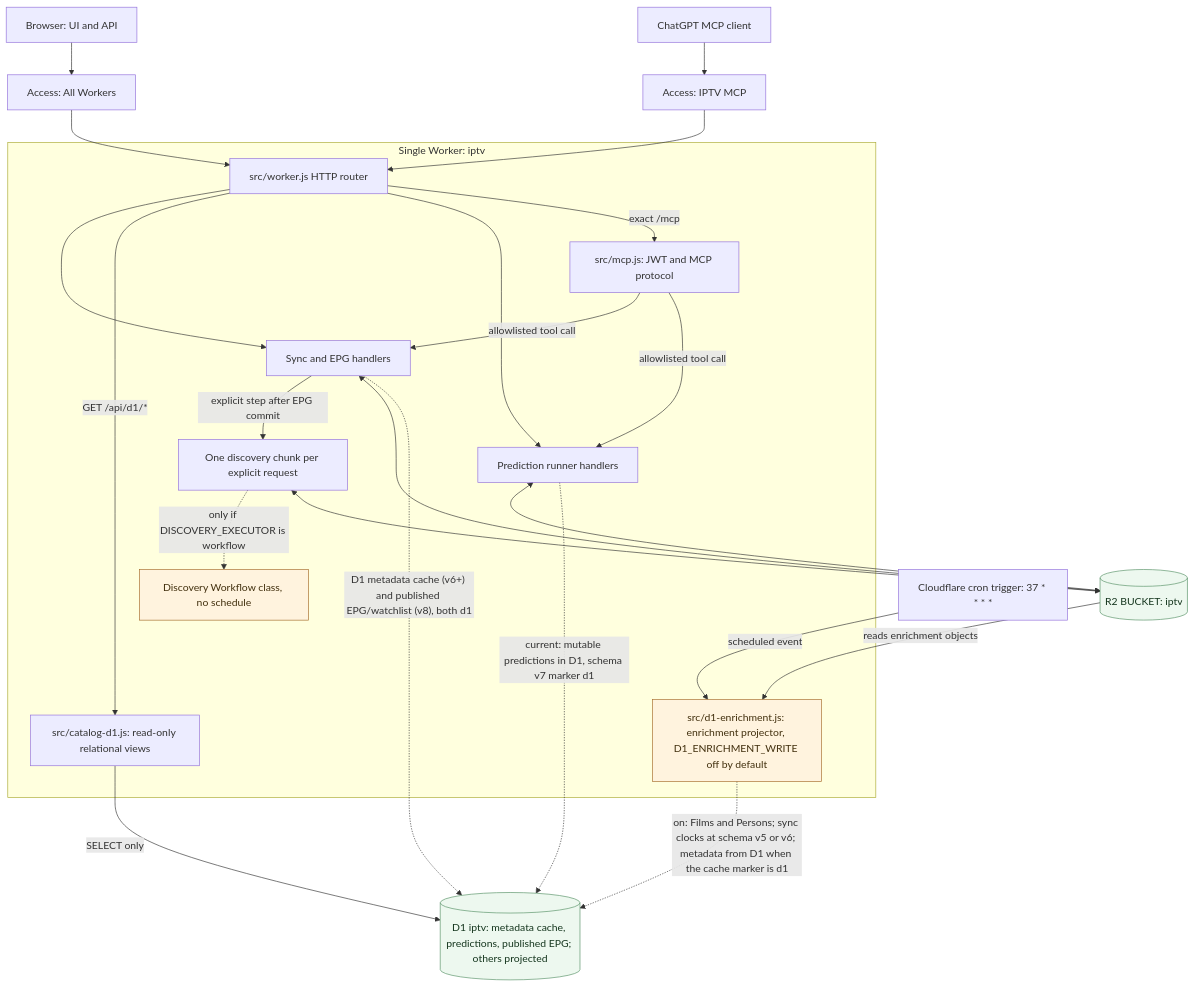
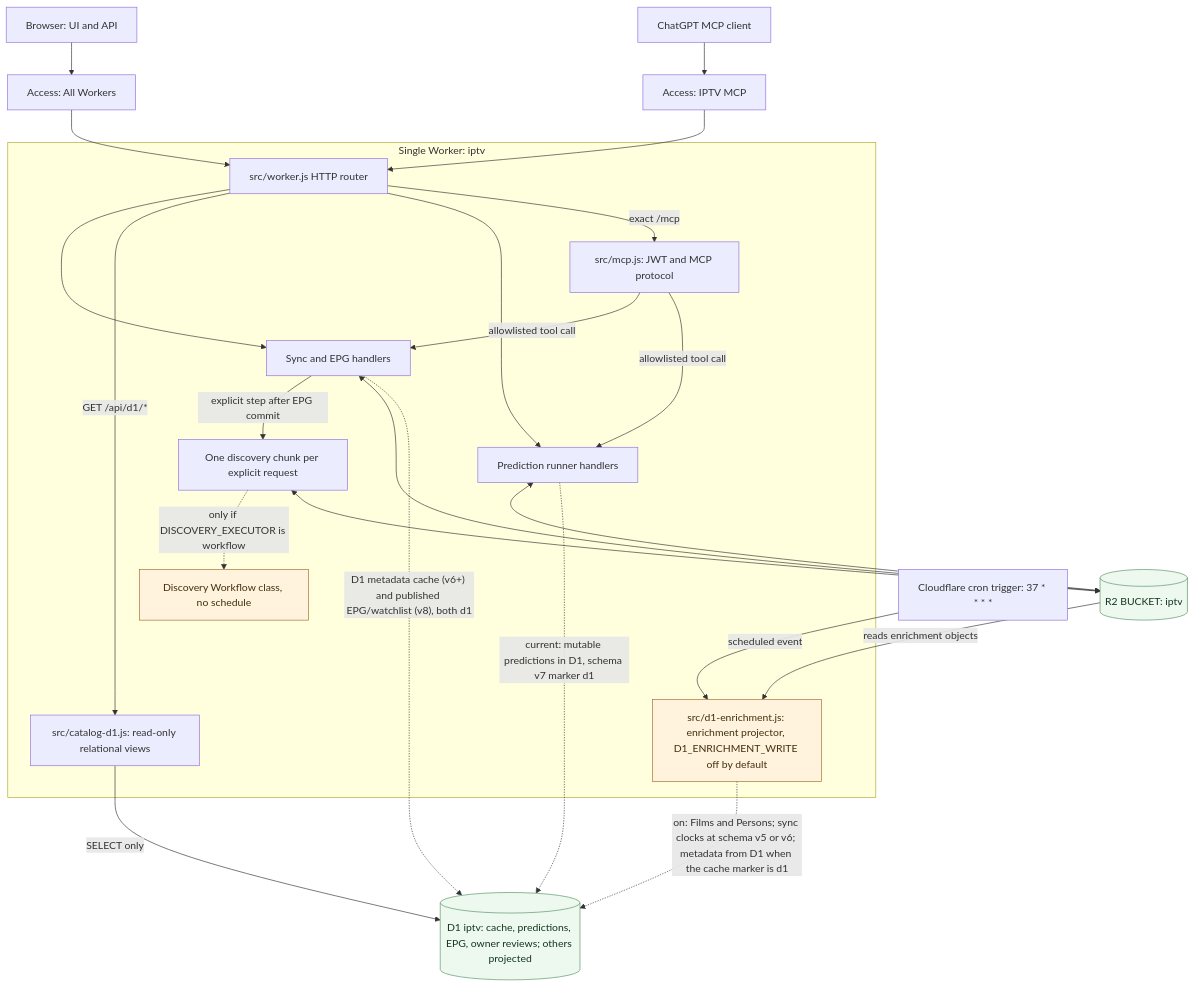
One commit to vladimino/iptv-watchlist changed the diagram in docs/architecture/runtime-topology.md. Above: the diagram before and after it, drawn with Mermaid. The commit also changed other lines of this file, not shown here.

````diff
--- a/docs/architecture/runtime-topology.md
+++ b/docs/architecture/runtime-topology.md
@@ -5,43 +5,43 @@
 ```mermaid
 flowchart TB
     web["Browser: UI and API"]
     mcpClient["ChatGPT MCP client"]
     webAccess["Access: All Workers"]
     mcpAccess["Access: IPTV MCP"]
     cron["Cloudflare cron trigger: 37 * * * *"]
     subgraph worker["Single Worker: iptv"]
         route["src/worker.js HTTP router"]
         mcp["src/mcp.js: JWT and MCP protocol"]
         sync["Sync and EPG handlers"]
         prediction["Prediction runner handlers"]
         discovery["One discovery chunk per explicit request"]
         catalogD1["src/catalog-d1.js: read-only relational views"]
         projector["src/d1-enrichment.js: enrichment projector, D1_ENRICHMENT_WRITE off by default"]
         route --> sync
         route -->|GET /api/d1/*| catalogD1
         route --> prediction
         route -->|exact /mcp| mcp
         mcp -->|allowlisted tool call| sync
         mcp -->|allowlisted tool call| prediction
         sync -->|explicit step after EPG commit| discovery
         workflow["Discovery Workflow class, no schedule"]
         discovery -.->|only if DISCOVERY_EXECUTOR is workflow| workflow
     end
     store[("R2 BUCKET: iptv")]
-    d1[("D1 iptv: metadata cache, predictions, published EPG; others projected")]
+    d1[("D1 iptv: cache, predictions, EPG, owner reviews; others projected")]
     web --> webAccess --> route
     mcpClient --> mcpAccess --> route
     sync <--> store
     prediction <--> store
     prediction -.->|current: mutable predictions in D1, schema v7 marker d1| d1
     discovery <--> store
     catalogD1 -->|SELECT only| d1
     cron -->|scheduled event| projector
     store -->|reads enrichment objects| projector
     projector -.->|on: Films and Persons; sync clocks at schema v5 or v6; metadata from D1 when the cache marker is d1| d1
     sync -.->|"D1 metadata cache (v6+) and published EPG/watchlist (v8), both d1"| d1
     classDef current fill:#edf8ef,stroke:#579266,color:#15361e
     classDef gated fill:#fff3de,stroke:#a56c2b,color:#42300e
     class store,d1 current
     class projector,workflow gated
 ```
````
